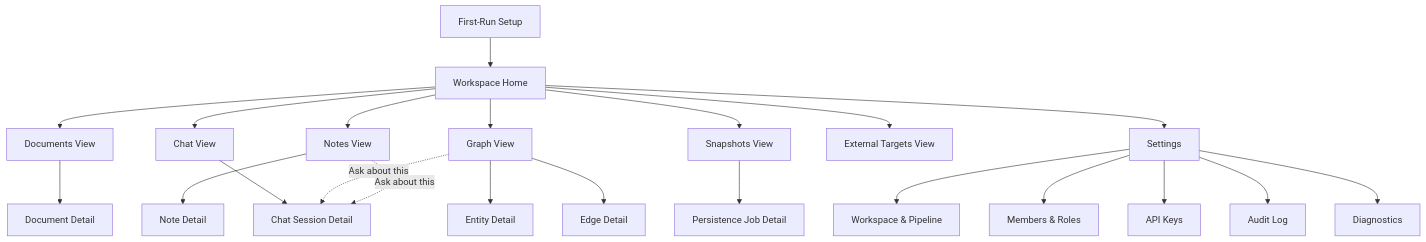
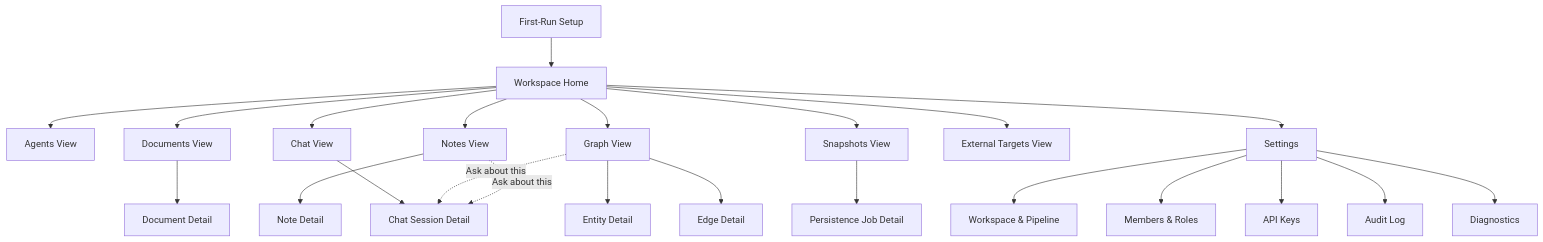
The first of 6 diagrams in specs/uiux.md (CohereJohnny/zkast), drawn with Mermaid before and after one commit. The commit also changed other lines of this file and 59 other files, not shown here.

````diff
--- a/specs/uiux.md
+++ b/specs/uiux.md
@@ -17,24 +17,25 @@
 ```mermaid
 flowchart TD
     Onboarding[First-Run Setup] --> Workspace[Workspace Home]
+    Workspace --> Agents[Agents View]
     Workspace --> Documents[Documents View]
     Workspace --> Notes[Notes View]
     Workspace --> Graph[Graph View]
     Workspace --> Chat[Chat View]
     Workspace --> Snapshots[Snapshots View]
     Workspace --> Targets[External Targets View]
     Workspace --> Settings[Settings]
     Settings --> WorkspaceSettings[Workspace & Pipeline]
     Settings --> Members[Members & Roles]
     Settings --> Keys[API Keys]
     Settings --> Audit[Audit Log]
     Settings --> Diagnostics[Diagnostics]
     Snapshots --> Persistence[Persistence Job Detail]
     Documents --> DocumentDetail[Document Detail]
     Notes --> NoteDetail[Note Detail]
     Graph --> EntityDetail[Entity Detail]
     Graph --> EdgeDetail[Edge Detail]
     Chat --> ChatSession[Chat Session Detail]
     Graph -.->|"Ask about this"| ChatSession
     Notes -.->|"Ask about this"| ChatSession
 ```
````
